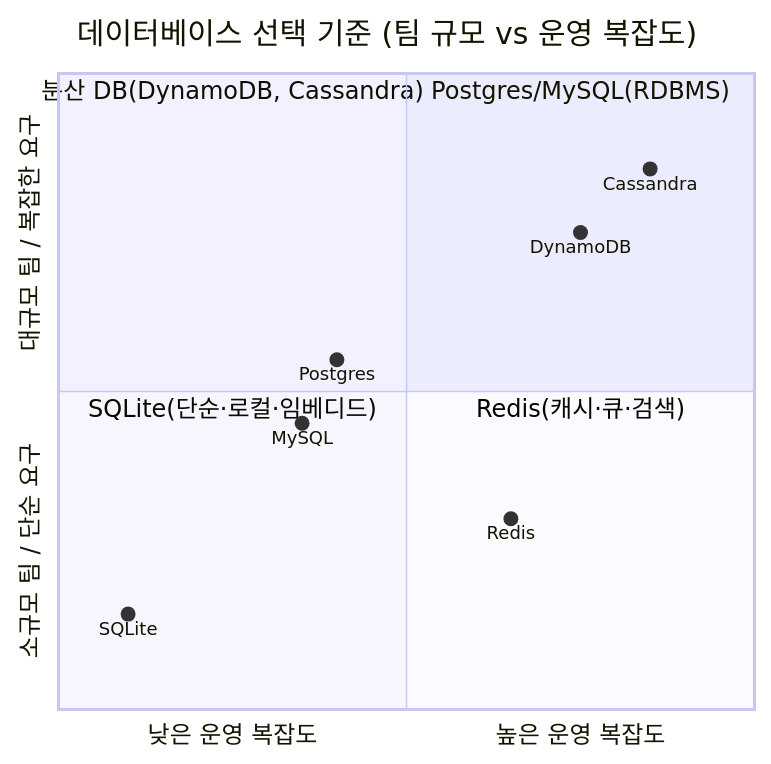
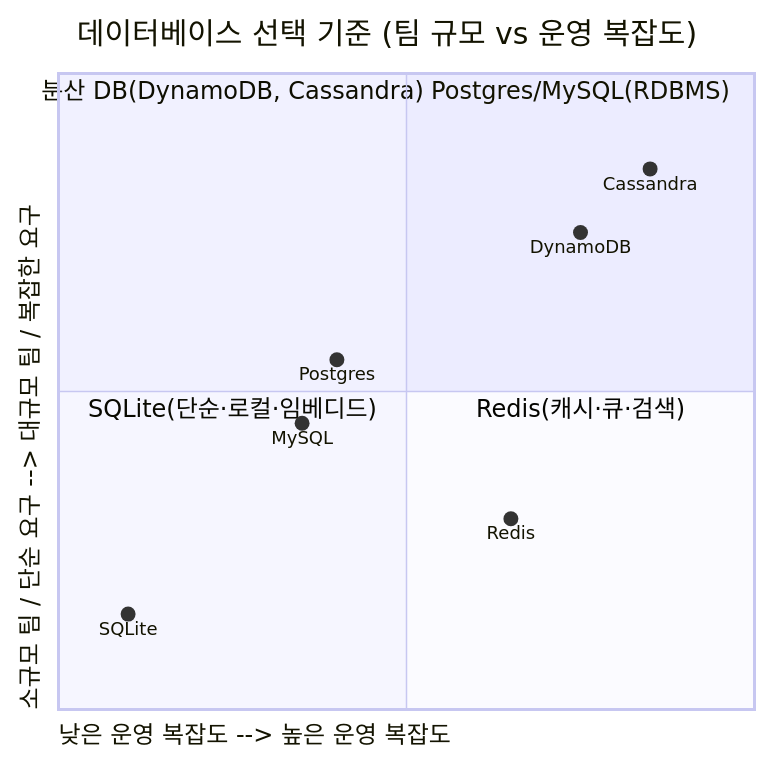
The sixth of 8 diagrams in _posts/2026-06-04-claude는-당신의-아키텍트가-아니다:-ai-시대의-기술-선택-감각.md (k82022603/k82022603.github.io), drawn with Mermaid before and after one commit. The commit also changed other lines of this file, not shown here.

Commit message:
auto: sync wiki to blog [2026-06-04 16:11:11]

````diff
--- a/_posts/2026-06-04-claude는-당신의-아키텍트가-아니다:-ai-시대의-기술-선택-감각.md
+++ b/_posts/2026-06-04-claude는-당신의-아키텍트가-아니다:-ai-시대의-기술-선택-감각.md
@@ -262,16 +263,16 @@
 ```mermaid
 quadrantChart
     title 데이터베이스 선택 기준 (팀 규모 vs 운영 복잡도)
-    x-axis 낮은 운영 복잡도 --> 높은 운영 복잡도
-    y-axis 소규모 팀 / 단순 요구 --> 대규모 팀 / 복잡한 요구
+    x-axis "낮은 운영 복잡도 --> 높은 운영 복잡도"
+    y-axis "소규모 팀 / 단순 요구 --> 대규모 팀 / 복잡한 요구"
     quadrant-1 "Postgres/MySQL(RDBMS)"
     quadrant-2 "분산 DB(DynamoDB, Cassandra)"
     quadrant-3 "SQLite(단순·로컬·임베디드)"
     quadrant-4 "Redis(캐시·큐·검색)"
-    SQLite: [0.1, 0.15]
-    Postgres: [0.4, 0.55]
-    MySQL: [0.35, 0.45]
-    DynamoDB: [0.75, 0.75]
-    Redis: [0.65, 0.3]
-    Cassandra: [0.85, 0.85]
+    "SQLite": [0.1, 0.15]
+    "Postgres": [0.4, 0.55]
+    "MySQL": [0.35, 0.45]
+    "DynamoDB": [0.75, 0.75]
+    "Redis": [0.65, 0.3]
+    "Cassandra": [0.85, 0.85]
 ```
````
